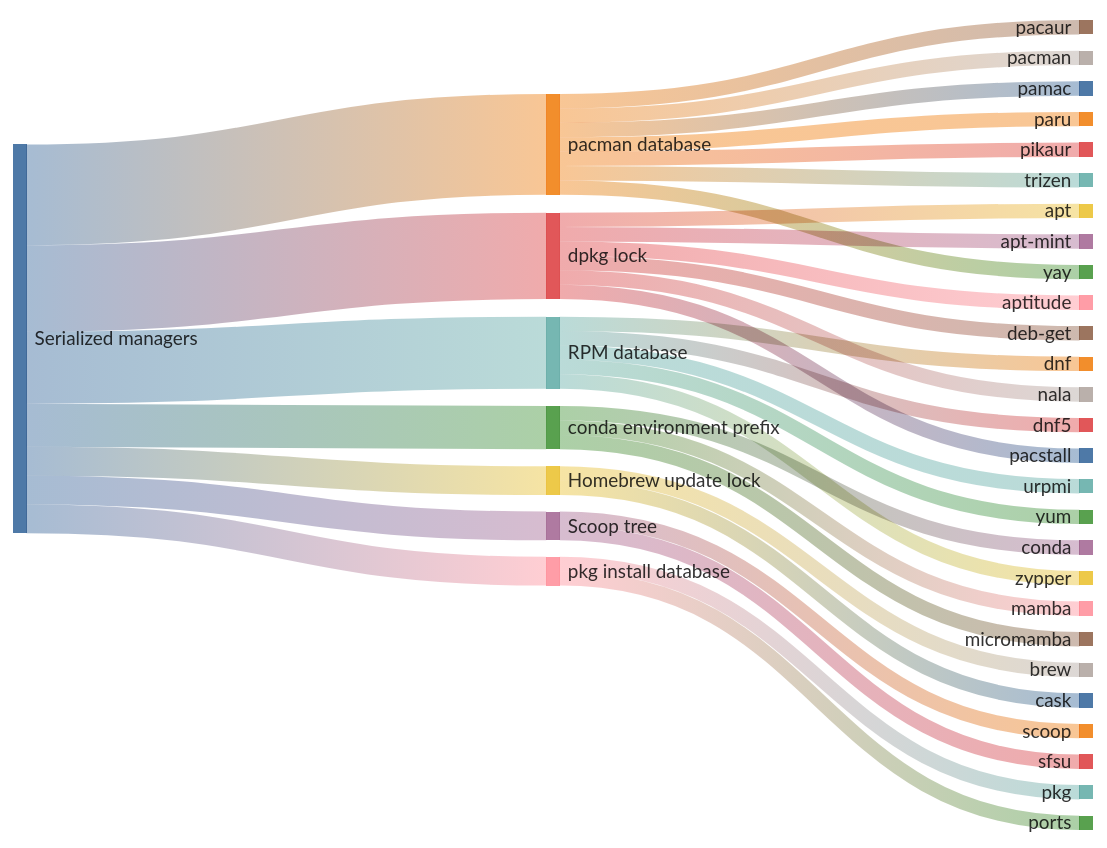
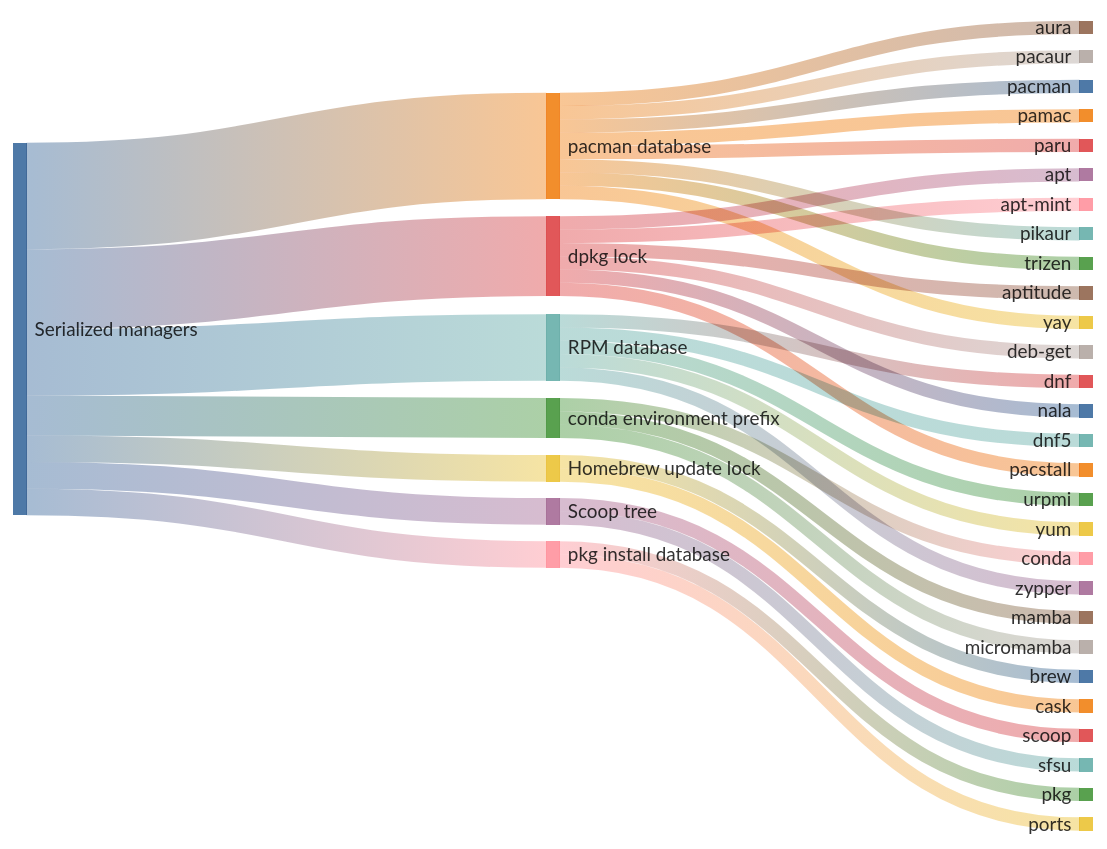
One commit to kdeldycke/meta-package-manager changed the diagram in docs/concurrency.md. Above: the diagram before and after it, drawn with Mermaid. The commit also changed other lines of this file and 17 other files, not shown here.

````diff
--- a/docs/concurrency.md
+++ b/docs/concurrency.md
@@ -70,41 +70,42 @@
 ```mermaid
 ---
 config: {"sankey": {"showValues": false, "width": 800, "height": 600}}
 ---
 sankey-beta
 
-Serialized managers,pacman database,7
+Serialized managers,pacman database,8
 Serialized managers,dpkg lock,6
 Serialized managers,RPM database,5
 Serialized managers,conda environment prefix,3
 Serialized managers,Homebrew update lock,2
 Serialized managers,Scoop tree,2
 Serialized managers,pkg install database,2
+pacman database,aura,1
 pacman database,pacaur,1
 pacman database,pacman,1
 pacman database,pamac,1
 pacman database,paru,1
 pacman database,pikaur,1
 pacman database,trizen,1
 pacman database,yay,1
 dpkg lock,apt,1
 dpkg lock,apt-mint,1
 dpkg lock,aptitude,1
 dpkg lock,deb-get,1
 dpkg lock,nala,1
 dpkg lock,pacstall,1
 RPM database,dnf,1
 RPM database,dnf5,1
 RPM database,urpmi,1
 RPM database,yum,1
 RPM database,zypper,1
 conda environment prefix,conda,1
 conda environment prefix,mamba,1
 conda environment prefix,micromamba,1
 Homebrew update lock,brew,1
 Homebrew update lock,cask,1
 Scoop tree,scoop,1
 Scoop tree,sfsu,1
 pkg install database,pkg,1
 pkg install database,ports,1
 ```
````
